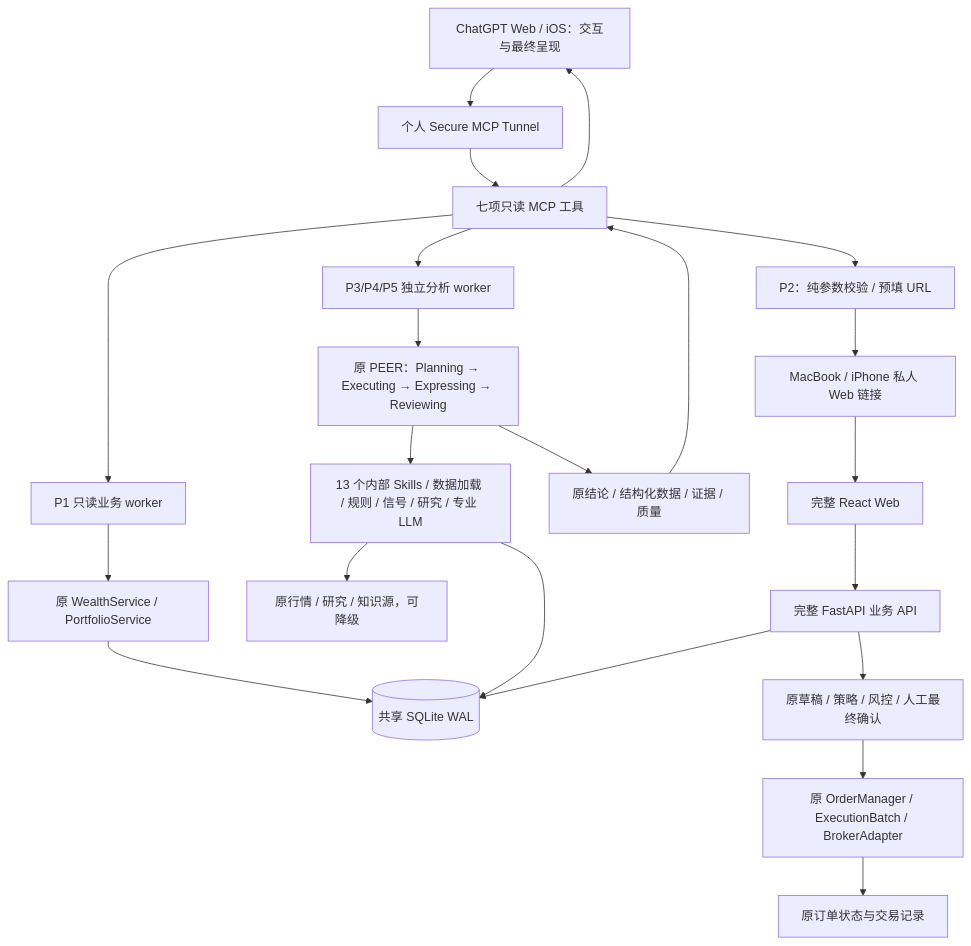
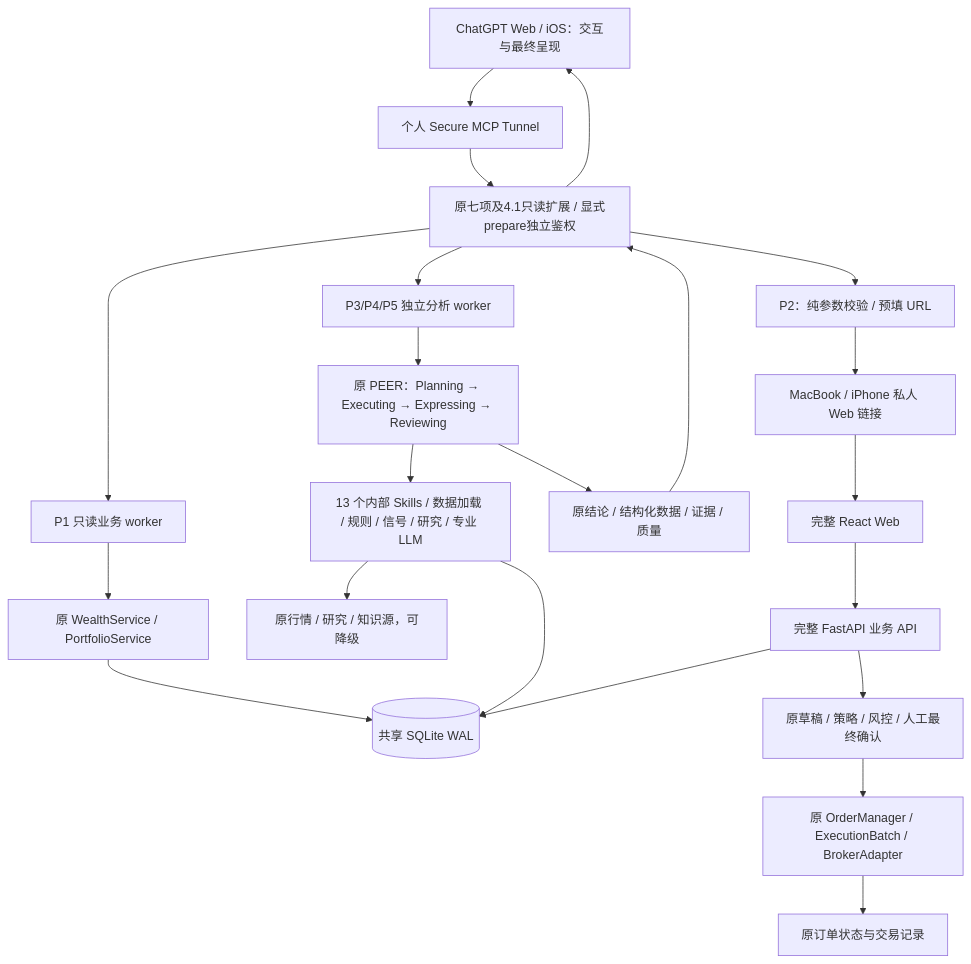
Before and after one commit to song-buaa/WealthPilot: the diagram in docs/ARCHITECTURE_CURRENT.md, drawn with Mermaid. The commit also changed other lines of this file and 13 other files, not shown here.

````diff
--- a/docs/ARCHITECTURE_CURRENT.md
+++ b/docs/ARCHITECTURE_CURRENT.md
@@ -26,24 +24,24 @@
 ```mermaid
 flowchart TB
   Chat[ChatGPT Web / iOS：交互与最终呈现] --> Tunnel[个人 Secure MCP Tunnel]
-  Tunnel --> MCP[七项只读 MCP 工具]
+  Tunnel --> MCP[原七项及4.1只读扩展 / 显式prepare独立鉴权]
   MCP --> ReadWorker[P1 只读业务 worker]
   MCP --> AnalysisWorker[P3/P4/P5 独立分析 worker]
   MCP --> URL[P2：纯参数校验 / 预填 URL]
   ReadWorker --> Wealth[原 WealthService / PortfolioService]
   AnalysisWorker --> PEER[原 PEER：Planning → Executing → Expressing → Reviewing]
   PEER --> Skills[13 个内部 Skills / 数据加载 / 规则 / 信号 / 研究 / 专业 LLM]
   Wealth --> DB[(共享 SQLite WAL)]
   Skills --> DB
   Skills --> Providers[原行情 / 研究 / 知识源，可降级]
   PEER --> Result[原结论 / 结构化数据 / 证据 / 质量]
   Result --> MCP
   MCP --> Chat
   URL --> Browser[MacBook / iPhone 私人 Web 链接]
   Browser --> Web[完整 React Web]
   Web --> API[完整 FastAPI 业务 API]
   API --> DB
   API --> Draft[原草稿 / 策略 / 风控 / 人工最终确认]
   Draft --> Broker[原 OrderManager / ExecutionBatch / BrokerAdapter]
   Broker --> Status[原订单状态与交易记录]
 ```
````
